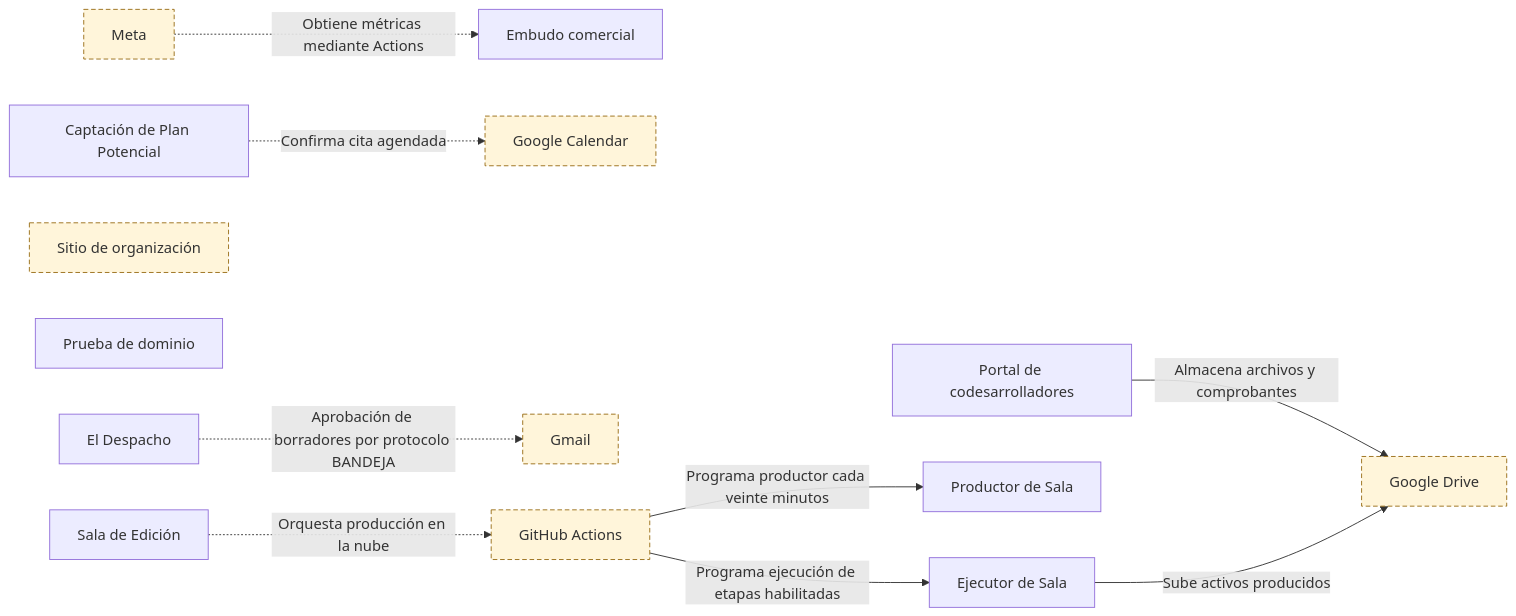
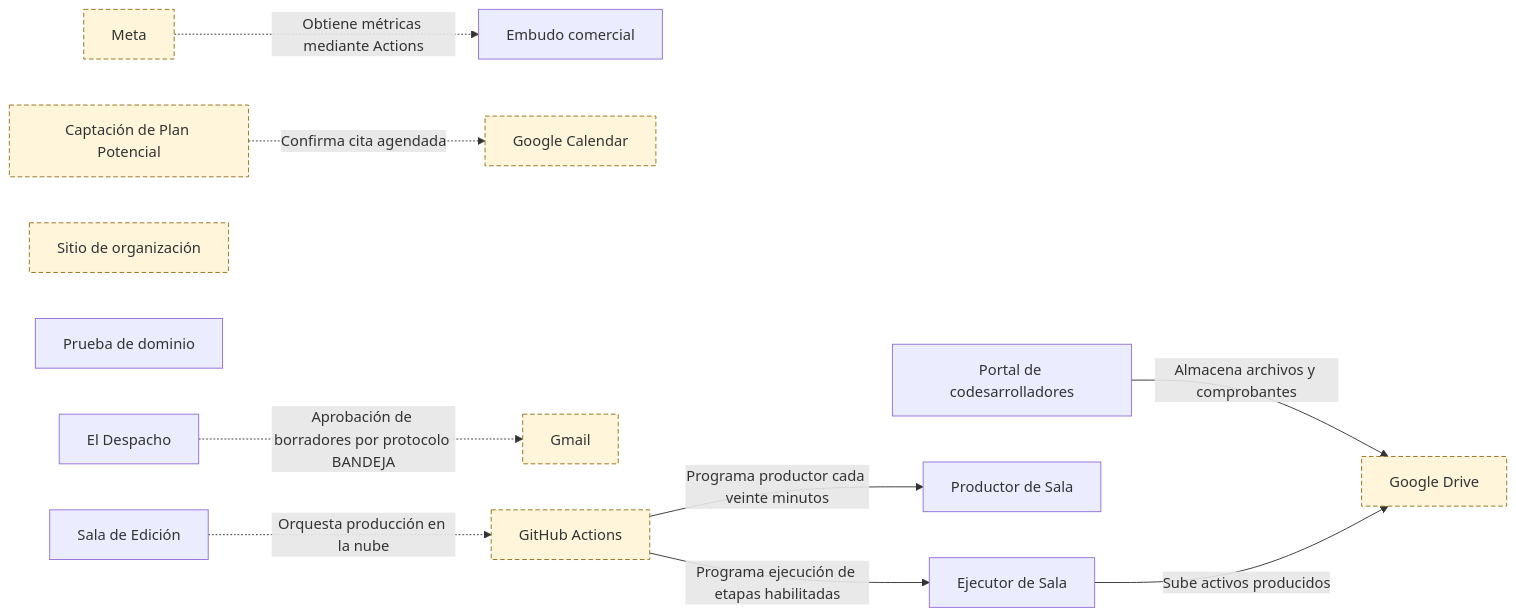
Before and after one commit to yodesarrollomx/yod-portal: the eighth of 9 diagrams in docs/arquitectura/mapas.md, drawn with Mermaid. The commit also changed other lines of this file and 5 other files, not shown here.

````diff
--- a/docs/arquitectura/mapas.md
+++ b/docs/arquitectura/mapas.md
@@ -292,32 +309,33 @@
 ```mermaid
 flowchart LR
   n_SYS_DESPACHO["El Despacho"]
   n_SYS_MARKETING["Embudo comercial"]
   n_SYS_SALA["Sala de Edición"]
   n_SYS_SITIO_ORG["Sitio de organización"]
   n_SYS_PRUEBA_DOMINIO["Prueba de dominio"]
   n_GAS_PLAN_POTENCIAL["Captación de Plan Potencial"]
   n_GAS_CODES["Portal de codesarrolladores"]
   n_EXT_DRIVE["Google Drive"]
   n_EXT_CALENDAR["Google Calendar"]
   n_EXT_META["Meta"]
   n_EXT_GMAIL["Gmail"]
   n_EXT_ACTIONS["GitHub Actions"]
   n_SVC_SALA_PRODUCTOR["Productor de Sala"]
   n_SVC_SALA_EJECUTOR["Ejecutor de Sala"]
   n_GAS_PLAN_POTENCIAL -.->|Confirma cita agendada| n_EXT_CALENDAR
   n_EXT_META -.->|Obtiene métricas mediante Actions| n_SYS_MARKETING
   n_SYS_DESPACHO -.->|Aprobación de borradores por protocolo BANDEJA| n_EXT_GMAIL
   n_GAS_CODES -->|Almacena archivos y comprobantes| n_EXT_DRIVE
   n_SYS_SALA -.->|Orquesta producción en la nube| n_EXT_ACTIONS
   n_EXT_ACTIONS -->|Programa productor cada veinte minutos| n_SVC_SALA_PRODUCTOR
   n_EXT_ACTIONS -->|Programa ejecución de etapas habilitadas| n_SVC_SALA_EJECUTOR
   n_SVC_SALA_EJECUTOR -->|Sube activos producidos| n_EXT_DRIVE
   classDef pendiente fill:#fff5da,stroke:#996d16,stroke-dasharray:5 3;
   class n_SYS_SITIO_ORG pendiente;
+  class n_GAS_PLAN_POTENCIAL pendiente;
   class n_EXT_DRIVE pendiente;
   class n_EXT_CALENDAR pendiente;
   class n_EXT_META pendiente;
   class n_EXT_GMAIL pendiente;
   class n_EXT_ACTIONS pendiente;
 ```
````
